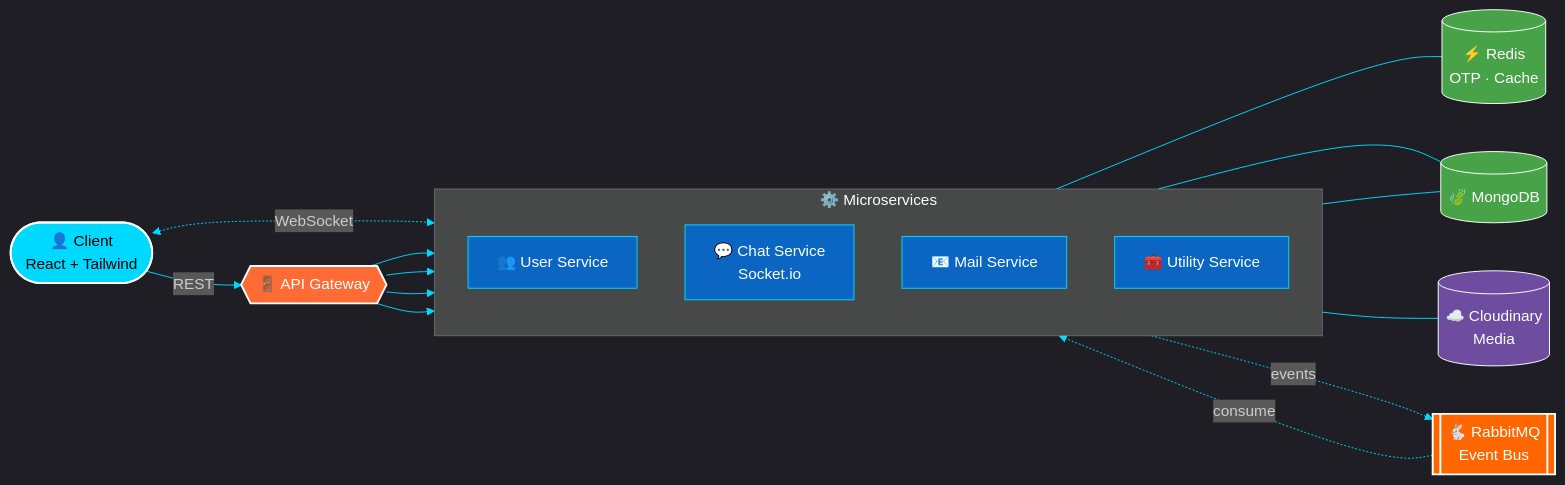
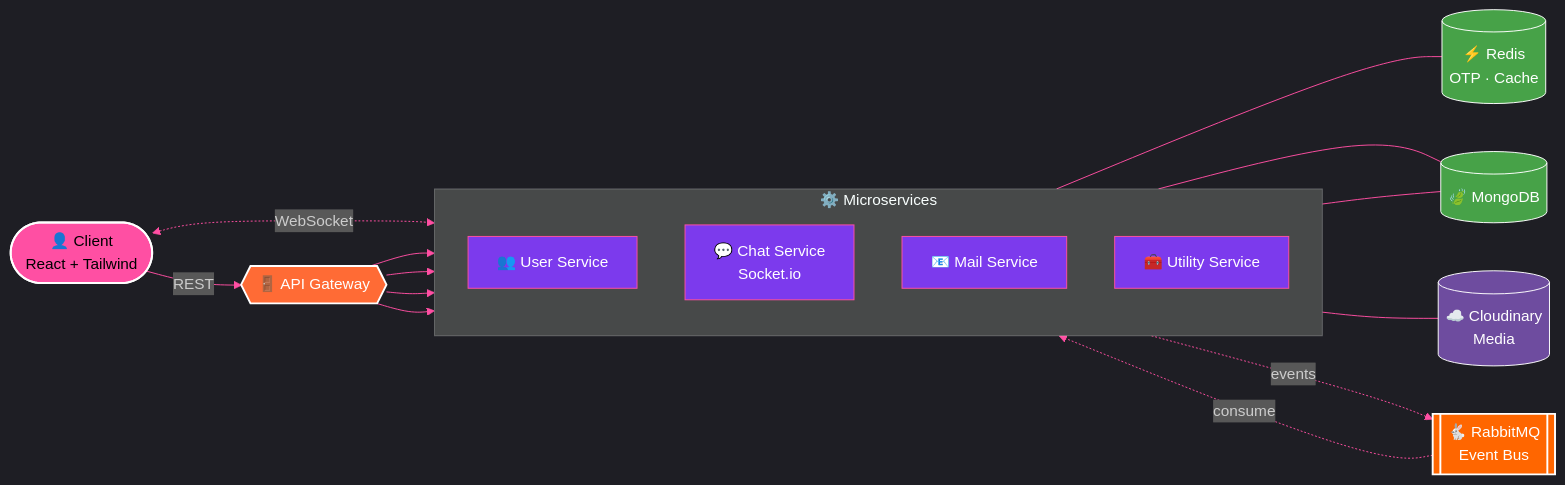
One commit to Manvendra-2006/Manvendra-2006 changed the first of 6 diagrams in README.md. Above: the diagram before and after it, drawn with Mermaid. The commit also changed other lines of this file, not shown here.

````diff
--- a/README.md
+++ b/README.md
@@ -147,36 +153,36 @@
 ```mermaid
-%%{init: {'theme':'dark','themeVariables':{'primaryColor':'#0A66C2','primaryTextColor':'#fff','lineColor':'#00D9FF','secondaryColor':'#0D1117','tertiaryColor':'#161B22','fontFamily':'Fira Code'}}}%%
+%%{init: {'theme':'dark','themeVariables':{'primaryColor':'#7C3AED','primaryTextColor':'#fff','lineColor':'#FF4FA3','secondaryColor':'#0D1117','tertiaryColor':'#161B22','fontFamily':'Fira Code'}}}%%
 flowchart LR
     U(["👤 Client<br/>React + Tailwind"]):::client
     GW{{"🚪 API Gateway"}}:::gw
 
     subgraph SVC ["⚙️ Microservices"]
         direction TB
         US["👥 User Service"]:::svc
         CS["💬 Chat Service<br/>Socket.io"]:::svc
         MS["📧 Mail Service"]:::svc
         UT["🧰 Utility Service"]:::svc
     end
 
     MQ[["🐇 RabbitMQ<br/>Event Bus"]]:::mq
     RD[("⚡ Redis<br/>OTP · Cache")]:::db
     DB[("🍃 MongoDB")]:::db
     CL[("☁️ Cloudinary<br/>Media")]:::ext
 
     U -->|"REST"| GW
     U <-.->|"WebSocket"| CS
     GW --> US & CS & MS & UT
     US --- RD
     US --- DB
     CS --- DB
     UT --- CL
     US -. "events" .-> MQ
     MQ -. "consume" .-> MS
 
-    classDef client fill:#00D9FF,stroke:#fff,color:#000,stroke-width:2px
+    classDef client fill:#FF4FA3,stroke:#fff,color:#000,stroke-width:2px
     classDef gw fill:#FF6B35,stroke:#fff,color:#fff,stroke-width:2px
-    classDef svc fill:#0A66C2,stroke:#00D9FF,color:#fff
+    classDef svc fill:#7C3AED,stroke:#FF4FA3,color:#fff
     classDef mq fill:#FF6600,stroke:#fff,color:#fff,stroke-width:2px
     classDef db fill:#47A248,stroke:#fff,color:#fff
     classDef ext fill:#6E4C9F,stroke:#fff,color:#fff
 ```
````
